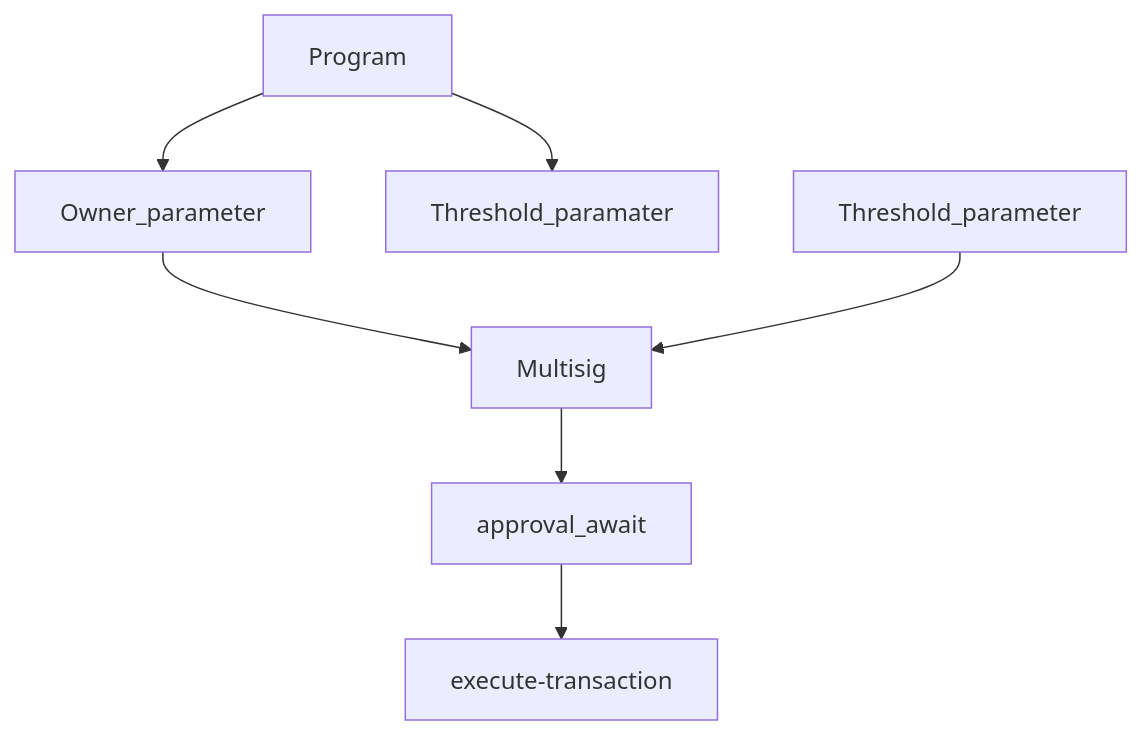
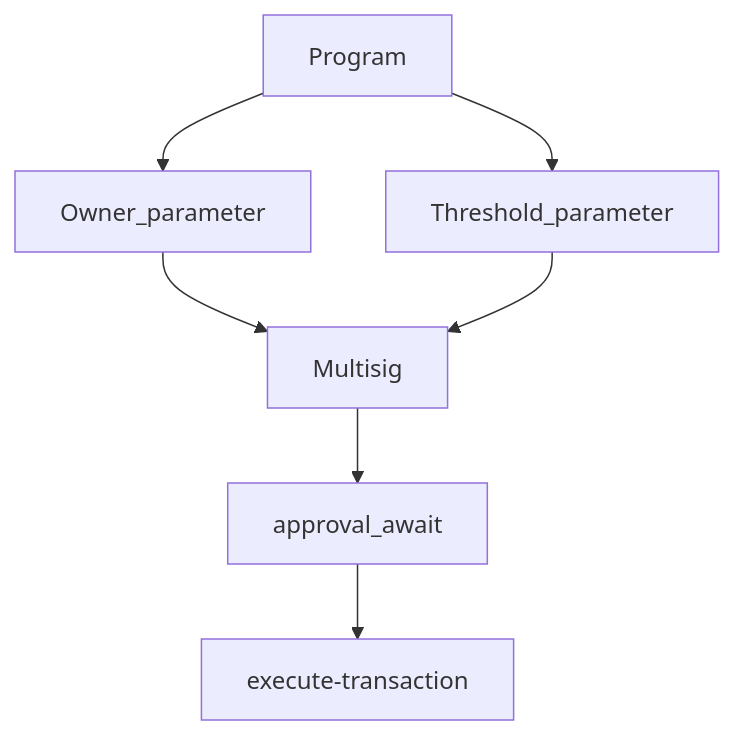
One commit to 0xlax/solana-multisig changed the diagram in readme.md. Above: the diagram before and after it, drawn with Mermaid.

````diff
--- a/readme.md
+++ b/readme.md
@@ -7,9 +7,9 @@
 ```mermaid
 graph TD;
     Program-->Owner_parameter;
-    Program-->Threshold_paramater;
+    Program-->Threshold_parameter;
     Owner_parameter-->Multisig;
     Threshold_parameter-->Multisig;
     Multisig-->approval_await;
     approval_await-->execute-transaction;
 ```
````
